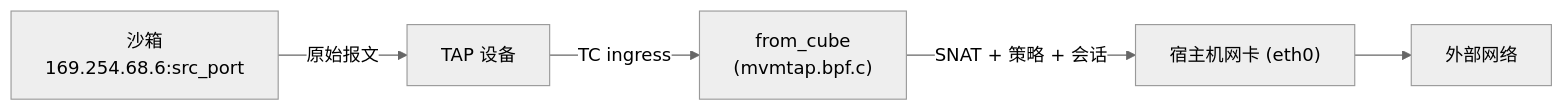
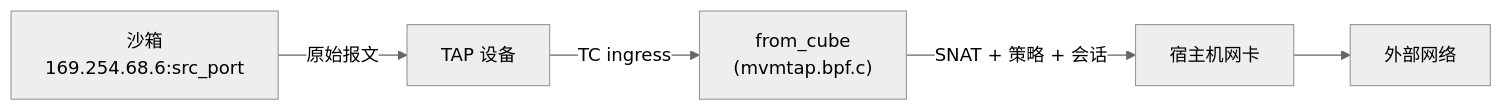
The first of 4 diagrams in docs/zh/architecture/network.md (TencentCloud/CubeSandbox), drawn with Mermaid (neutral theme) before and after one commit. The commit also changed other lines of this file and 1 other file, not shown here.

First line of the commit message:
docs(network): Revise CubeVS architecture doc to match current implementation

````diff
--- a/docs/zh/architecture/network.md
+++ b/docs/zh/architecture/network.md
@@ -66,7 +65,7 @@
 ```mermaid
 graph LR
     A["沙箱<br/>169.254.68.6:src_port"] -->|原始报文| B["TAP 设备"]
     B -->|TC ingress| C["from_cube<br/>(mvmtap.bpf.c)"]
-    C -->|SNAT + 策略 + 会话| D["宿主机网卡 (eth0)"]
+    C -->|SNAT + 策略 + 会话| D["宿主机网卡"]
     D --> E["外部网络"]
 ```
````
